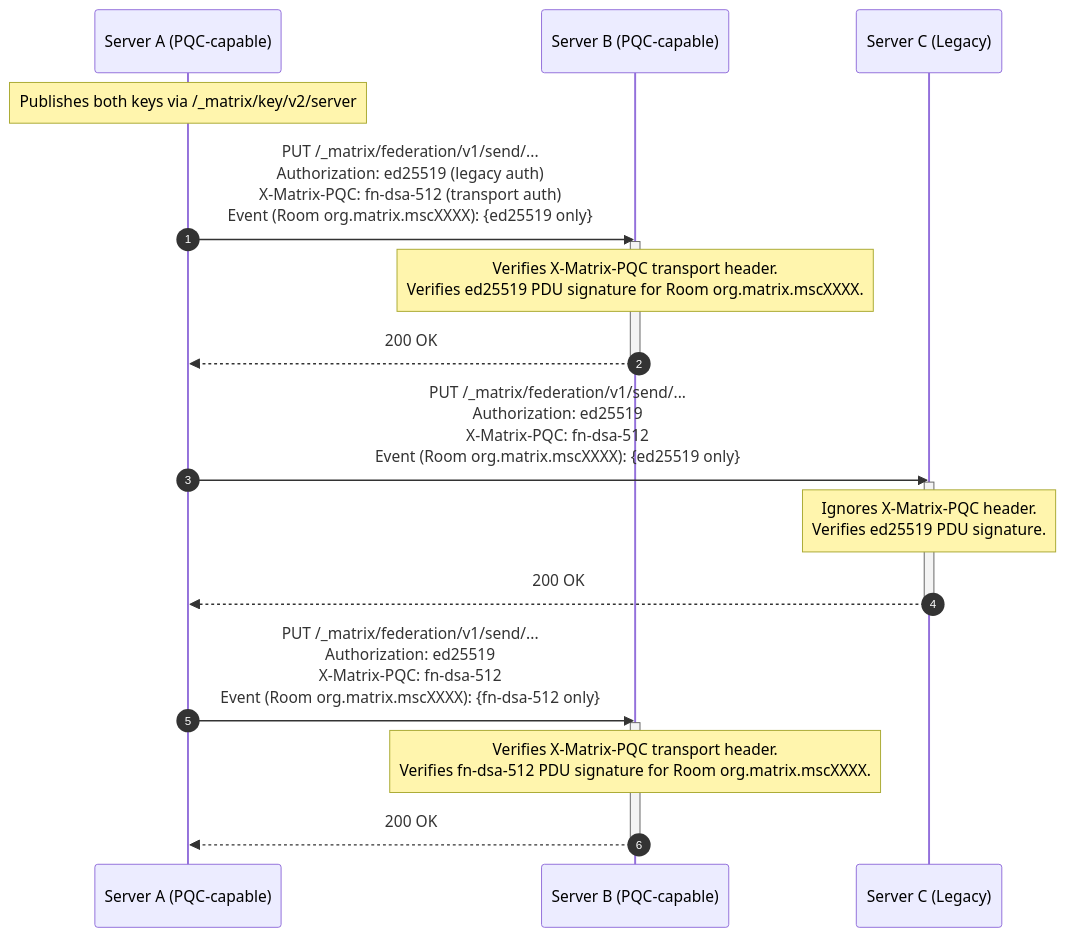
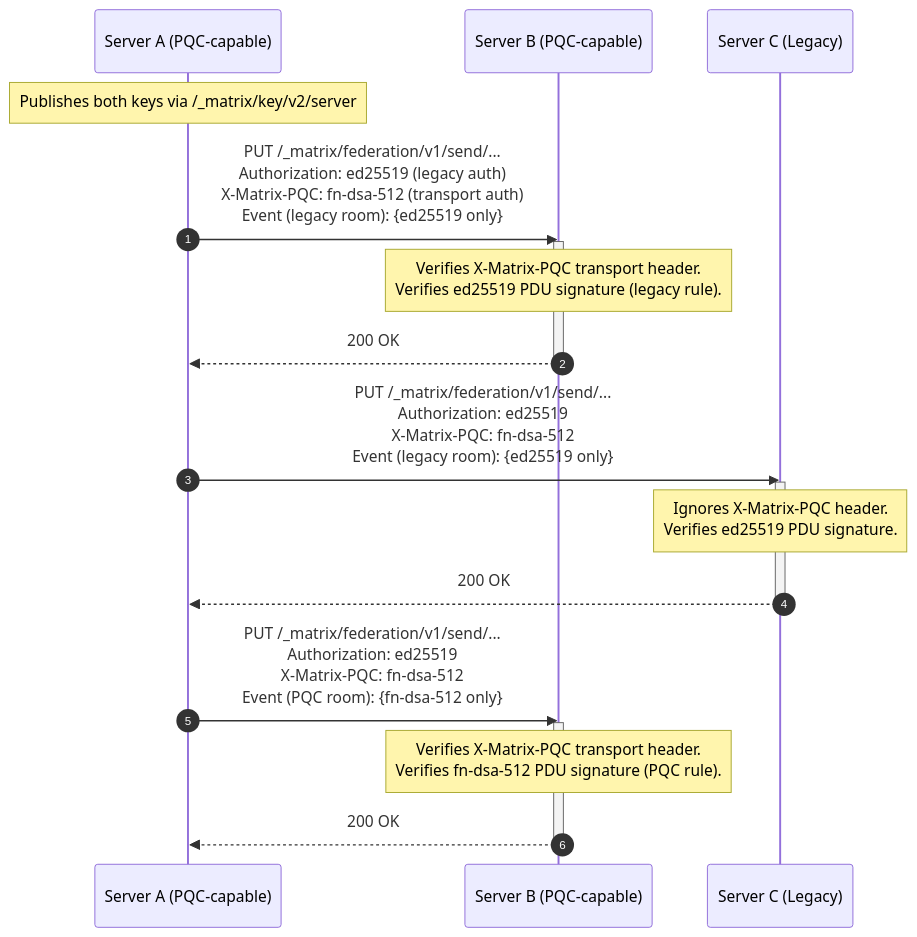
Before and after one commit to gamesguru/matrix-spec-proposals: the diagram in proposals/XXXX-e2ee-quantum-sigs-pdu.md, drawn with Mermaid. The commit also changed other lines of this file, not shown here.

Commit message:
use unstable room version consistently

````diff
--- a/proposals/XXXX-e2ee-quantum-sigs-pdu.md
+++ b/proposals/XXXX-e2ee-quantum-sigs-pdu.md
@@ -188,27 +188,27 @@
 ```mermaid
 sequenceDiagram
     autonumber
     participant S1 as Server A (PQC-capable)
     participant S2 as Server B (PQC-capable)
     participant S3 as Server C (Legacy)
 
     Note over S1: Publishes both keys via /_matrix/key/v2/server
 
-    S1->>S2: PUT /_matrix/federation/v1/send/...<br/>Authorization: ed25519 (legacy auth)<br/>X-Matrix-PQC: fn-dsa-512 (transport auth)<br/>Event (Room org.matrix.mscXXXX): {ed25519 only}
+    S1->>S2: PUT /_matrix/federation/v1/send/...<br/>Authorization: ed25519 (legacy auth)<br/>X-Matrix-PQC: fn-dsa-512 (transport auth)<br/>Event (legacy room): {ed25519 only}
     activate S2
-    Note over S2: Verifies X-Matrix-PQC transport header.<br/>Verifies ed25519 PDU signature for Room org.matrix.mscXXXX.
+    Note over S2: Verifies X-Matrix-PQC transport header.<br/>Verifies ed25519 PDU signature (legacy rule).
     S2-->>S1: 200 OK
     deactivate S2
 
-    S1->>S3: PUT /_matrix/federation/v1/send/...<br/>Authorization: ed25519<br/>X-Matrix-PQC: fn-dsa-512<br/>Event (Room org.matrix.mscXXXX): {ed25519 only}
+    S1->>S3: PUT /_matrix/federation/v1/send/...<br/>Authorization: ed25519<br/>X-Matrix-PQC: fn-dsa-512<br/>Event (legacy room): {ed25519 only}
     activate S3
     Note over S3: Ignores X-Matrix-PQC header.<br/>Verifies ed25519 PDU signature.
     S3-->>S1: 200 OK
     deactivate S3
 
-    S1->>S2: PUT /_matrix/federation/v1/send/...<br/>Authorization: ed25519<br/>X-Matrix-PQC: fn-dsa-512<br/>Event (Room org.matrix.mscXXXX): {fn-dsa-512 only}
+    S1->>S2: PUT /_matrix/federation/v1/send/...<br/>Authorization: ed25519<br/>X-Matrix-PQC: fn-dsa-512<br/>Event (PQC room): {fn-dsa-512 only}
     activate S2
-    Note over S2: Verifies X-Matrix-PQC transport header.<br/>Verifies fn-dsa-512 PDU signature for Room org.matrix.mscXXXX.
+    Note over S2: Verifies X-Matrix-PQC transport header.<br/>Verifies fn-dsa-512 PDU signature (PQC rule).
     S2-->>S1: 200 OK
     deactivate S2
 ```
````
